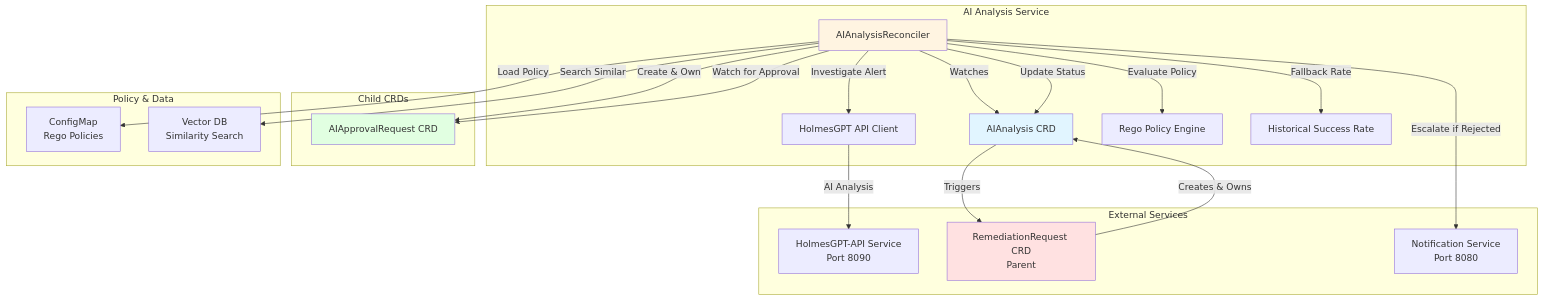
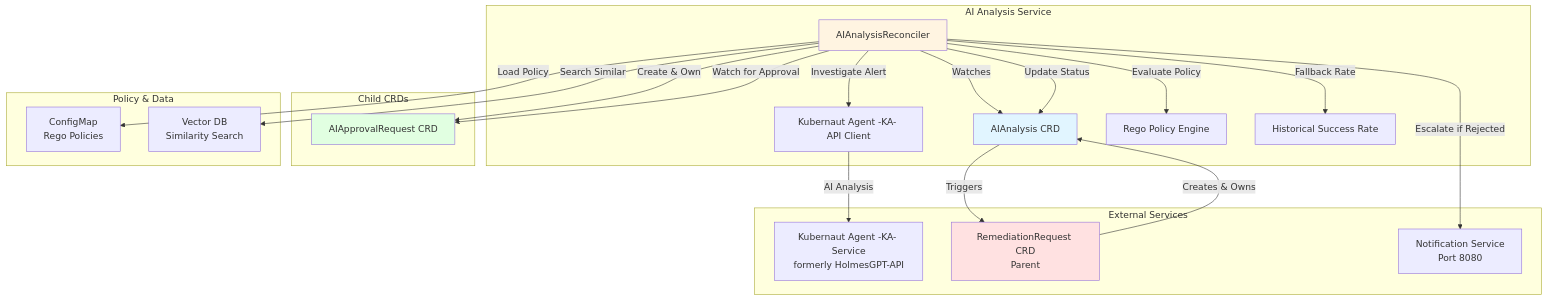
One commit to jordigilh/kubernaut changed the fourth of 13 diagrams in docs/architecture/references/visual-diagrams-master.md. Above: the diagram before and after it, drawn with Mermaid. The commit also changed other lines of this file and 10 other files, not shown here.

````diff
--- a/docs/architecture/references/visual-diagrams-master.md
+++ b/docs/architecture/references/visual-diagrams-master.md
@@ -115,44 +126,44 @@
 ```mermaid
 graph TB
     subgraph "AI Analysis Service"
         AIA[AIAnalysis CRD]
         Controller[AIAnalysisReconciler]
-        HolmesAPI[HolmesGPT API Client]
+        KAClient[Kubernaut Agent -KA- API Client]
         RegoEngine[Rego Policy Engine]
         HistoricalDB[Historical Success Rate]
     end
 
     subgraph "External Services"
-        HolmesGPT[HolmesGPT-API Service<br/>Port 8090]
+        KA[Kubernaut Agent -KA- Service<br/>formerly HolmesGPT-API]
         AR[RemediationRequest CRD<br/>Parent]
         Notification[Notification Service<br/>Port 8080]
     end
 
     subgraph "Child CRDs"
         Approval[AIApprovalRequest CRD]
     end
 
     subgraph "Policy & Data"
         CM[ConfigMap<br/>Rego Policies]
         VectorDB[Vector DB<br/>Similarity Search]
     end
 
     AR -->|Creates & Owns| AIA
     Controller -->|Watches| AIA
-    Controller -->|Investigate Alert| HolmesAPI
-    HolmesAPI -->|AI Analysis| HolmesGPT
+    Controller -->|Investigate Alert| KAClient
+    KAClient -->|AI Analysis| KA
     Controller -->|Load Policy| CM
     Controller -->|Evaluate Policy| RegoEngine
     Controller -->|Search Similar| VectorDB
     Controller -->|Fallback Rate| HistoricalDB
     Controller -->|Create & Own| Approval
     Controller -->|Watch for Approval| Approval
     Controller -->|Escalate if Rejected| Notification
     Controller -->|Update Status| AIA
     AIA -->|Triggers| AR
 
     style AIA fill:#e1f5ff
     style Controller fill:#fff4e1
     style AR fill:#ffe1e1
     style Approval fill:#e1ffe1
 ```
````
